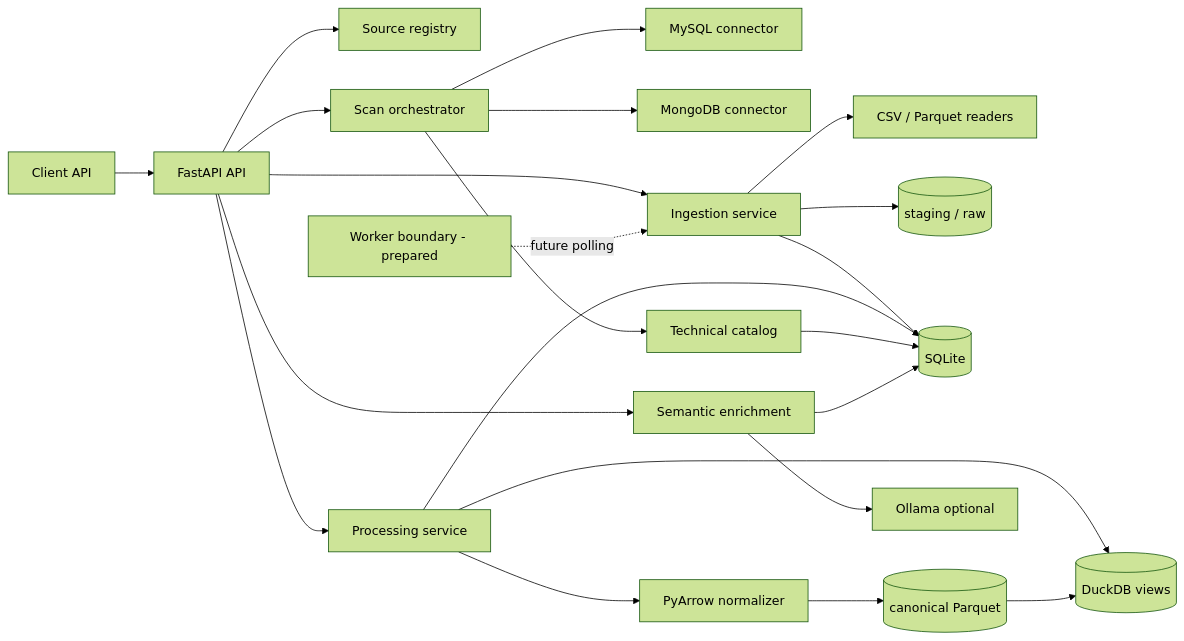
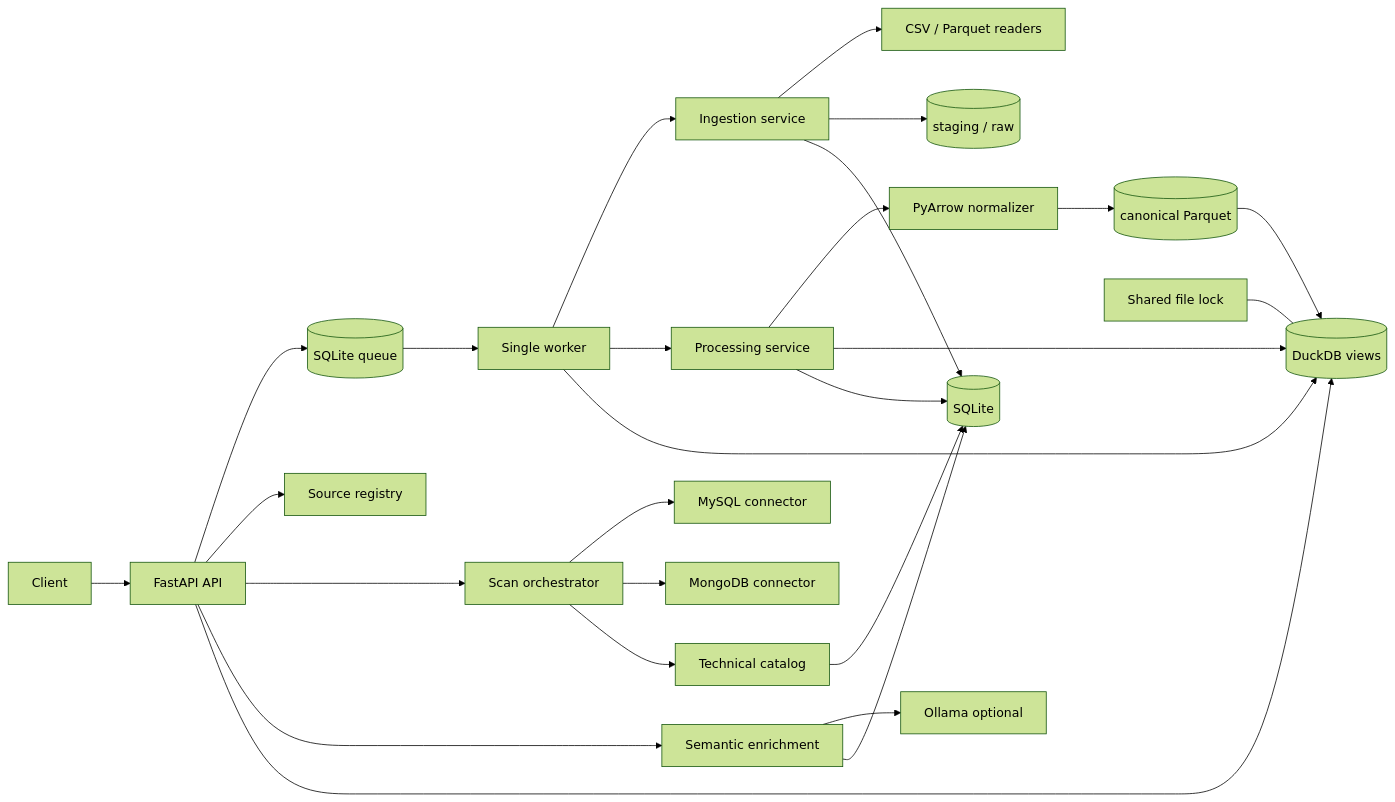
One commit to pyxidious/queryX changed the first of 3 diagrams in README.md. Above: the diagram before and after it, drawn with Mermaid (forest theme). The commit also changed other lines of this file and 20 other files, not shown here.

First line of the commit message:
feat(worker): implement shared file locking and processing run cancellation

````diff
--- a/README.md
+++ b/README.md
@@ -51,24 +55,28 @@
 ```mermaid
 flowchart LR
-    Client[Client API] --> API[FastAPI API]
+    Client[Client] --> API[FastAPI API]
+    API --> Queue[(SQLite queue)]
+    Queue --> Worker[Single worker]
     API --> Registry[Source registry]
     API --> Scan[Scan orchestrator]
     Scan --> MySQL[MySQL connector]
     Scan --> Mongo[MongoDB connector]
     Scan --> Catalog[Technical catalog]
-    API --> Ingestion[Ingestion service]
+    Worker --> Ingestion[Ingestion service]
     Ingestion --> Readers[CSV / Parquet readers]
     Ingestion --> Files[(staging / raw)]
     Ingestion --> CatalogDB[(SQLite)]
-    API --> Processing[Processing service]
+    Worker --> Processing[Processing service]
     Processing --> Normalizer[PyArrow normalizer]
     Normalizer --> Normalized[(canonical Parquet)]
     Processing --> DuckDB[(DuckDB views)]
     Normalized --> DuckDB
     Processing --> CatalogDB
     Catalog --> CatalogDB
     API --> Semantic[Semantic enrichment]
     Semantic --> Ollama[Ollama optional]
     Semantic --> CatalogDB
-    WorkerBoundary[Worker boundary - prepared] -. future polling .-> Ingestion
+    API --> DuckDB
+    Worker --> DuckDB
+    Lock[Shared file lock] --- DuckDB
 ```
````
